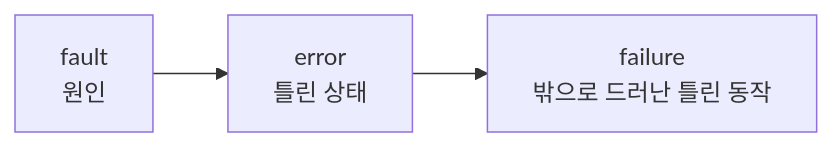
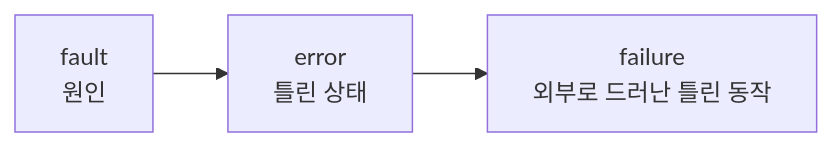
Before and after one commit to danielhongwoo/fusa: the diagram in chapters/ch02-concepts-and-terms.md, drawn with Mermaid. The commit also changed other lines of this file, not shown here.

````diff
--- a/chapters/ch02-concepts-and-terms.md
+++ b/chapters/ch02-concepts-and-terms.md
@@ -29,5 +29,5 @@
 ```mermaid
 flowchart LR
     F["fault<br/>원인"] --> E["error<br/>틀린 상태"]
-    E --> X["failure<br/>밖으로 드러난 틀린 동작"]
+    E --> X["failure<br/>외부로 드러난 틀린 동작"]
 ```
````
